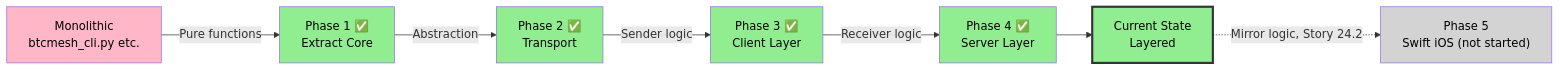
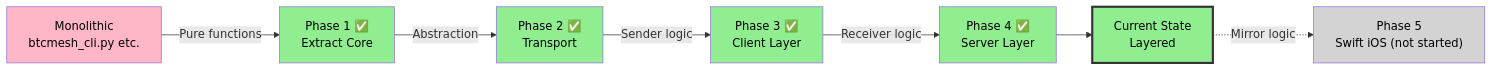
The fifth of 5 diagrams in project/architecture.md (steefst33f/btcmesh), drawn with Mermaid before and after one commit. The commit also changed other lines of this file, not shown here.

First line of the commit message:
architecture.md: drop EPIC/Story/Issue references, keep pure design doc

````diff
--- a/project/architecture.md
+++ b/project/architecture.md
@@ -663,25 +660,25 @@
 ```mermaid
 graph LR
     START["Monolithic<br/>btcmesh_cli.py etc."]
     P1["Phase 1 ✅<br/>Extract Core"]
     P2["Phase 2 ✅<br/>Transport"]
     P3["Phase 3 ✅<br/>Client Layer"]
     P4["Phase 4 ✅<br/>Server Layer"]
     P5["Phase 5<br/>Swift iOS (not started)"]
     GOAL["Current State<br/>Layered"]
 
     START -->|Pure functions| P1
     P1 -->|Abstraction| P2
     P2 -->|Sender logic| P3
     P3 -->|Receiver logic| P4
     P4 --> GOAL
-    GOAL -.->|Mirror logic, Story 24.2| P5
+    GOAL -.->|Mirror logic| P5
 
     style START fill:#FFB6C6,color:#000
     style P1 fill:#90EE90,color:#000
     style P2 fill:#90EE90,color:#000
     style P3 fill:#90EE90,color:#000
     style P4 fill:#90EE90,color:#000
     style P5 fill:#D3D3D3,color:#000
     style GOAL fill:#90EE90,color:#000,stroke:#333,stroke-width:3px
 ```
````
